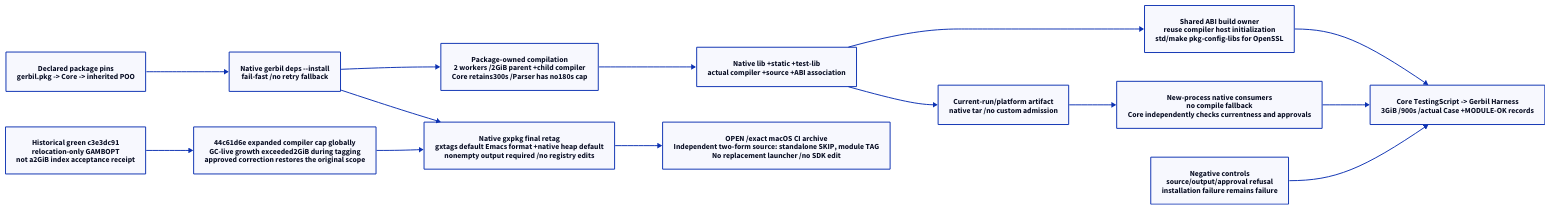
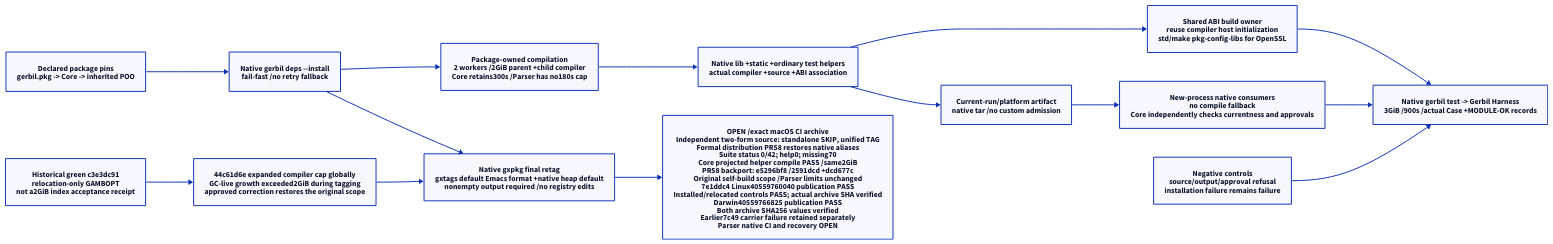
The diagram in docs/architecture/ci-ownership.d2 (tao3k/gerbil-parser), drawn with D2 before and after one commit. The commit also changed 37 other files, not shown here.

Commit message:
refactor: use published native Gerbil build and test entries

```diff
--- a/docs/architecture/ci-ownership.d2
+++ b/docs/architecture/ci-ownership.d2
@@ -1,23 +1,23 @@
 direction: right
 packages: "Declared package pins\ngerbil.pkg -> Core -> inherited POO"
 install: "Native gerbil deps --install\nfail-fast /no retry fallback"
 compiler: "Package-owned compilation\n2 workers /2GiB parent +child compiler\nCore retains300s /Parser has no180s cap"
 index: "Native gxpkg final retag\ngxtags default Emacs format +native heap default\nnonempty output required /no registry edits"
-products: "Native lib +static +test-lib\nactual compiler +source +ABI association"
+products: "Native lib +static +ordinary test helpers\nactual compiler +source +ABI association"
 abi: "Shared ABI build owner\nreuse compiler host initialization\nstd/make pkg-config-libs for OpenSSL"
-tests: "Core TestingScript -> Gerbil Harness\n3GiB /900s /actual Case +MODULE-OK records"
+tests: "Native gerbil test -> Gerbil Harness\n3GiB /900s /actual Case +MODULE-OK records"
 transport: "Current-run/platform artifact\nnative tar /no custom admission"
 restore: "New-process native consumers\nno compile fallback\nCore independently checks currentness and approvals"
 controls: "Negative controls\nsource/output/approval refusal\ninstallation failure remains failure"
 old: "Historical green c3e3dc91\nrelocation-only GAMBOPT\nnot a2GiB index acceptance receipt"
 regression: "44c61d6e expanded compiler cap globally\nGC-live growth exceeded2GiB during tagging\napproved correction restores the original scope"
 packages -> install
 install -> compiler -> products
 install -> index
 products -> abi -> tests
 products -> transport -> restore -> tests
 controls -> tests
 old -> regression -> index
 
-standalone: "OPEN /exact macOS CI archive\nIndependent two-form source: standalone SKIP, module TAG\nNo replacement launcher /no SDK edit"
+standalone: "OPEN /exact macOS CI archive\nIndependent two-form source: standalone SKIP, unified TAG\nFormal distribution PR58 restores native aliases\nSuite status 0/42; help0; missing70\nCore projected helper compile PASS /same2GiB\nPR58 backport: e5296bf8 /2591dcd +dcd677c\nOriginal self-build scope /Parser limits unchanged\n7e1ddc4 Linux40559760040 publication PASS\nInstalled/relocated controls PASS; actual archive SHA verified\nDarwin40559766825 publication PASS\nBoth archive SHA256 values verified\nEarlier7c49 carrier failure retained separately\nParser native CI and recovery OPEN"
 index -> standalone
```
